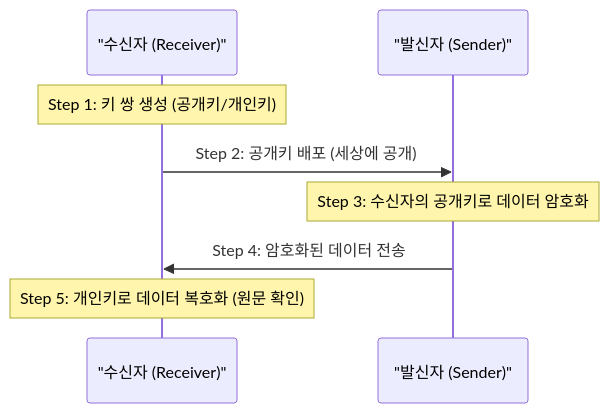
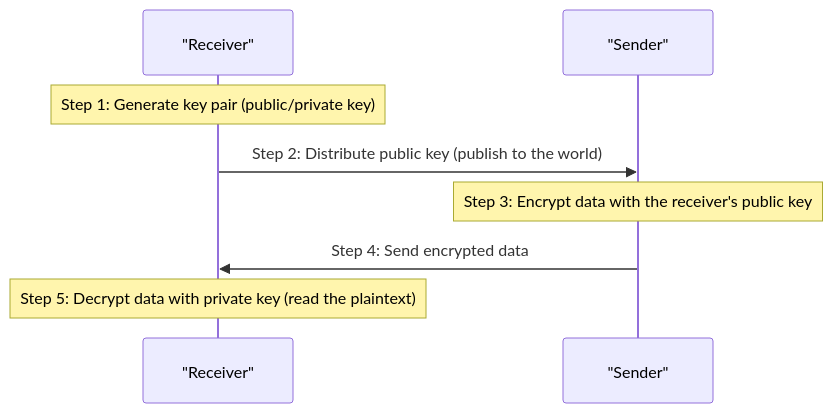
One commit to jeonck/k8s-adv changed the first of 5 diagrams in content/security/01-foundation/14-ca-and-root-ca.md. Above: the diagram before and after it, drawn with Mermaid. The commit also changed other lines of this file and 223 other files, not shown here.

````diff
--- a/content/security/01-foundation/14-ca-and-root-ca.md
+++ b/content/security/01-foundation/14-ca-and-root-ca.md
@@ -22,11 +22,11 @@
 ```mermaid
 sequenceDiagram
-    participant S as "수신자 (Receiver)"
-    participant R as "발신자 (Sender)"
+    participant S as "Receiver"
+    participant R as "Sender"
     
-    Note over S: Step 1: 키 쌍 생성 (공개키/개인키)
-    S->>R: Step 2: 공개키 배포 (세상에 공개)
-    Note over R: Step 3: 수신자의 공개키로 데이터 암호화
-    R->>S: Step 4: 암호화된 데이터 전송
-    Note over S: Step 5: 개인키로 데이터 복호화 (원문 확인)
+    Note over S: Step 1: Generate key pair (public/private key)
+    S->>R: Step 2: Distribute public key (publish to the world)
+    Note over R: Step 3: Encrypt data with the receiver's public key
+    R->>S: Step 4: Send encrypted data
+    Note over S: Step 5: Decrypt data with private key (read the plaintext)
 ```
````
